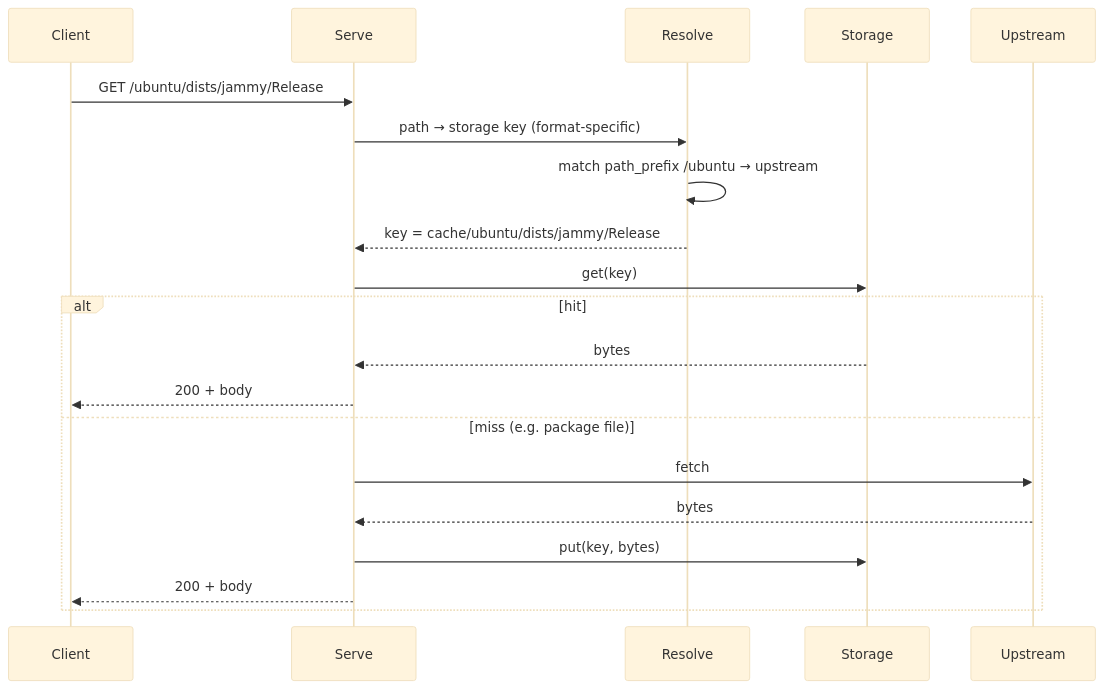
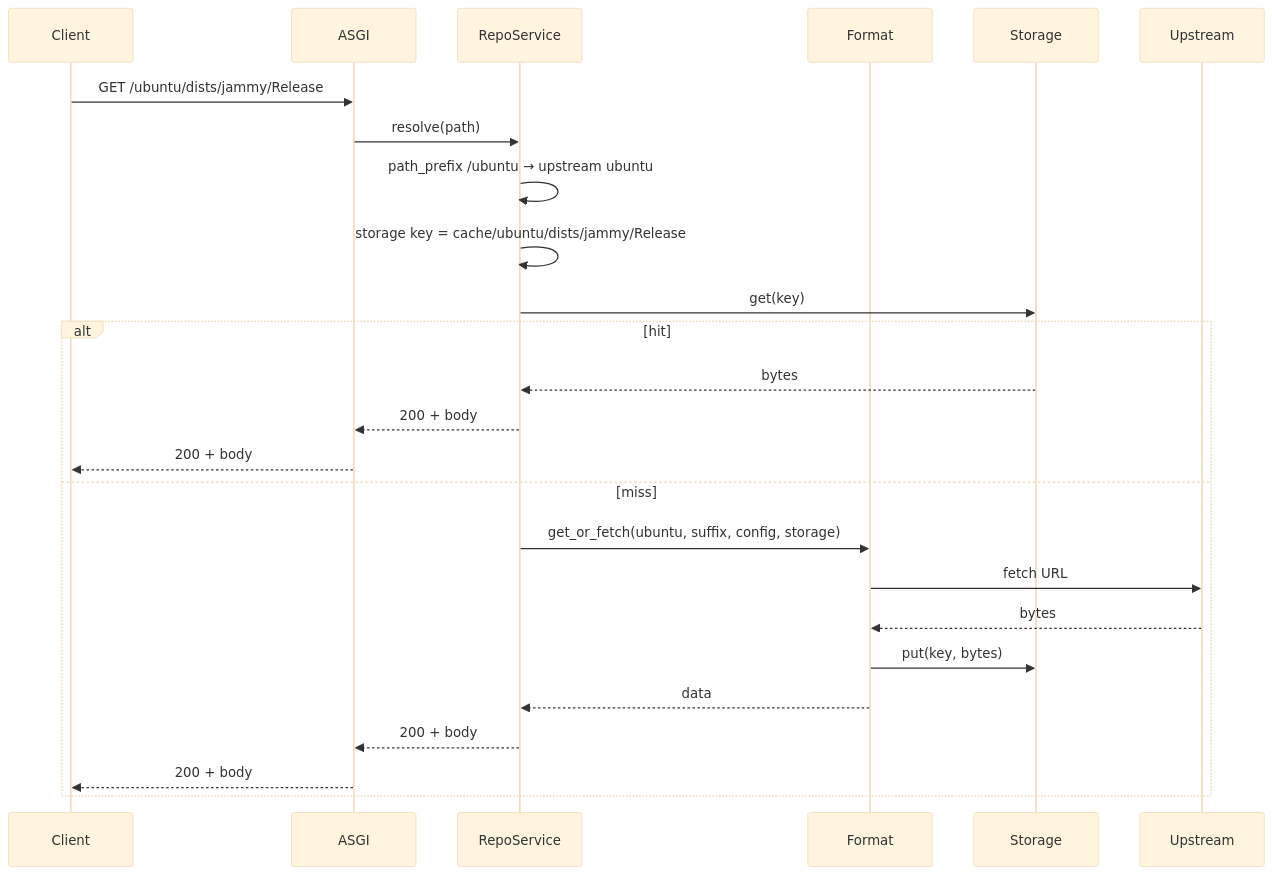
Before and after one commit to awesome-it/repo-man: the fourth of 6 diagrams in docs/architecture.md, drawn with Mermaid (base theme). The commit also changed other lines of this file and 25 other files, not shown here.

Commit message:
Enhance repo-man with REST API support for package publishing; add FastAPI integration and update documentation. Include new dependencies for FastAPI and related packages in pyproject.toml. Update architecture and operations documentation to reflect API capabilities and usage examples.

````diff
--- a/docs/architecture.md
+++ b/docs/architecture.md
@@ -47,22 +129,27 @@
 ```mermaid
 sequenceDiagram
   participant Client
-  participant Serve
-  participant Resolve
+  participant ASGI
+  participant RepoService
+  participant Format
   participant Storage
   participant Upstream
-  Client->>Serve: GET /ubuntu/dists/jammy/Release
-  Serve->>Resolve: path → storage key (format-specific)
-  Resolve->>Resolve: match path_prefix /ubuntu → upstream
-  Resolve-->>Serve: key = cache/ubuntu/dists/jammy/Release
-  Serve->>Storage: get(key)
+  Client->>ASGI: GET /ubuntu/dists/jammy/Release
+  ASGI->>RepoService: resolve(path)
+  RepoService->>RepoService: path_prefix /ubuntu → upstream ubuntu
+  RepoService->>RepoService: storage key = cache/ubuntu/dists/jammy/Release
+  RepoService->>Storage: get(key)
   alt hit
-    Storage-->>Serve: bytes
-    Serve-->>Client: 200 + body
-  else miss (e.g. package file)
-    Serve->>Upstream: fetch
-    Upstream-->>Serve: bytes
-    Serve->>Storage: put(key, bytes)
-    Serve-->>Client: 200 + body
+    Storage-->>RepoService: bytes
+    RepoService-->>ASGI: 200 + body
+    ASGI-->>Client: 200 + body
+  else miss
+    RepoService->>Format: get_or_fetch(ubuntu, suffix, config, storage)
+    Format->>Upstream: fetch URL
+    Upstream-->>Format: bytes
+    Format->>Storage: put(key, bytes)
+    Format-->>RepoService: data
+    RepoService-->>ASGI: 200 + body
+    ASGI-->>Client: 200 + body
   end
 ```
````
